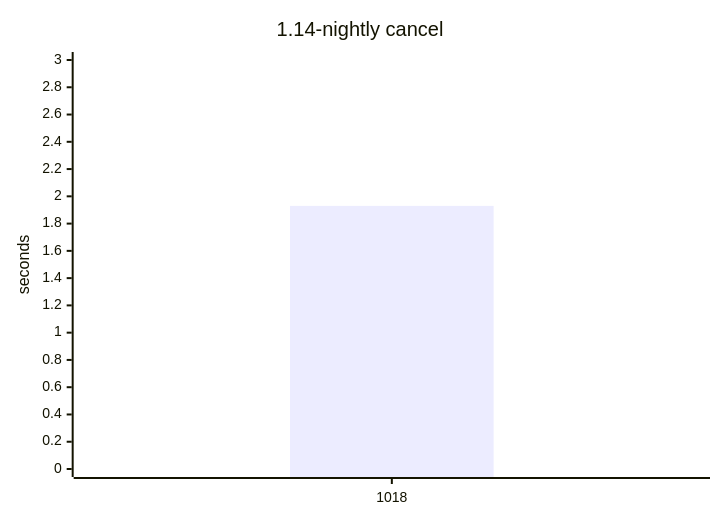
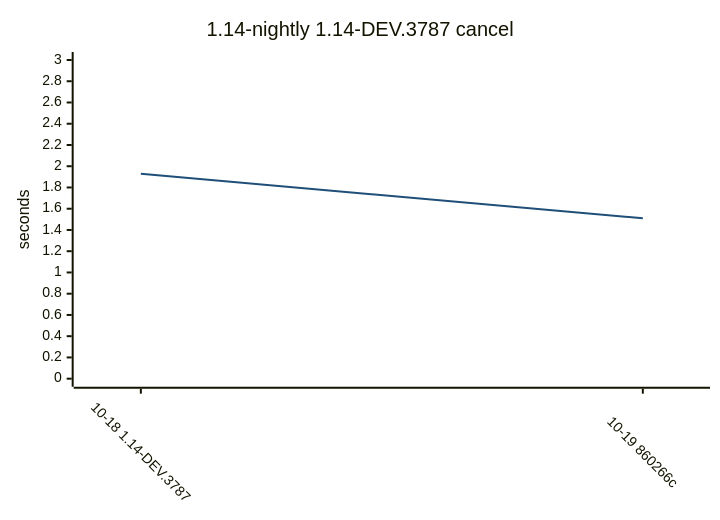
One commit to yamanori99/DistSSHQueue.jl changed the tenth of 15 diagrams in README.md. Above: the diagram before and after it, drawn with Mermaid. The commit also changed other lines of this file and 1 other file, not shown here.

Commit message:
Record compile bench for 1.14-nightly.

````diff
--- a/README.md
+++ b/README.md
@@ -246,7 +336,17 @@
 ```mermaid
+---
+config:
+  theme: base
+  themeVariables:
+    xyChart:
+      plotColorPalette: "#1f4e79"
+  xyChart:
+    xAxis:
+      labelRotation: 45
+---
 xychart-beta
-    title "1.14-nightly cancel"
-    x-axis ["1018"]
+    title "1.14-nightly 1.14-DEV.3787 cancel"
+    x-axis ["10-18 1.14-DEV.3787", "10-19 860266c"]
     y-axis "seconds" 0 --> 3
-    bar [1.93]
+    line [1.93, 1.51]
 ```
````
